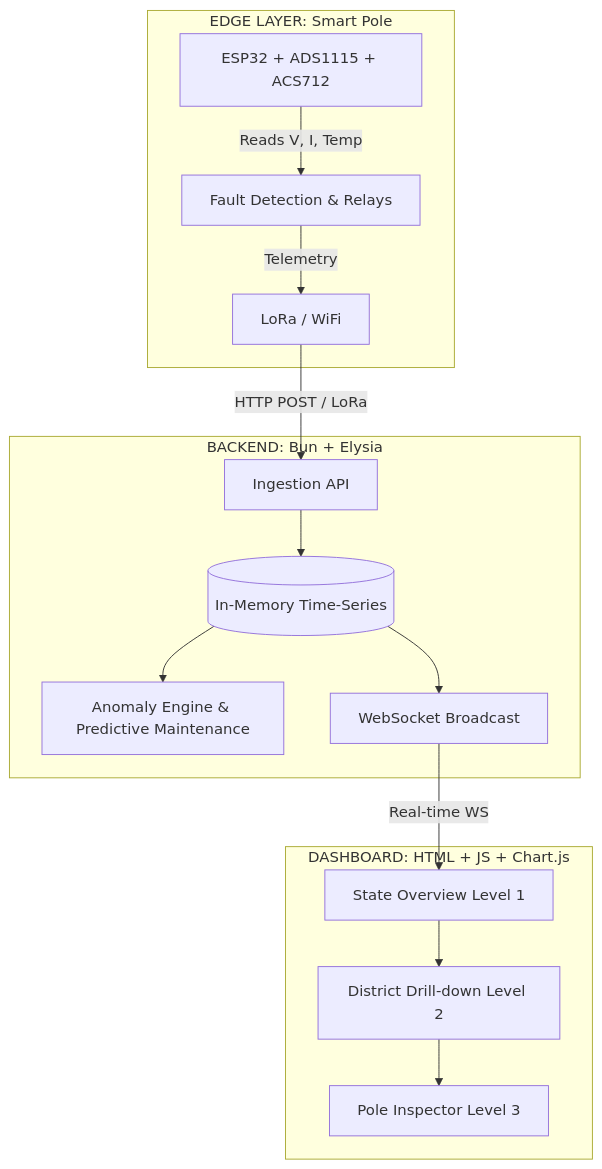
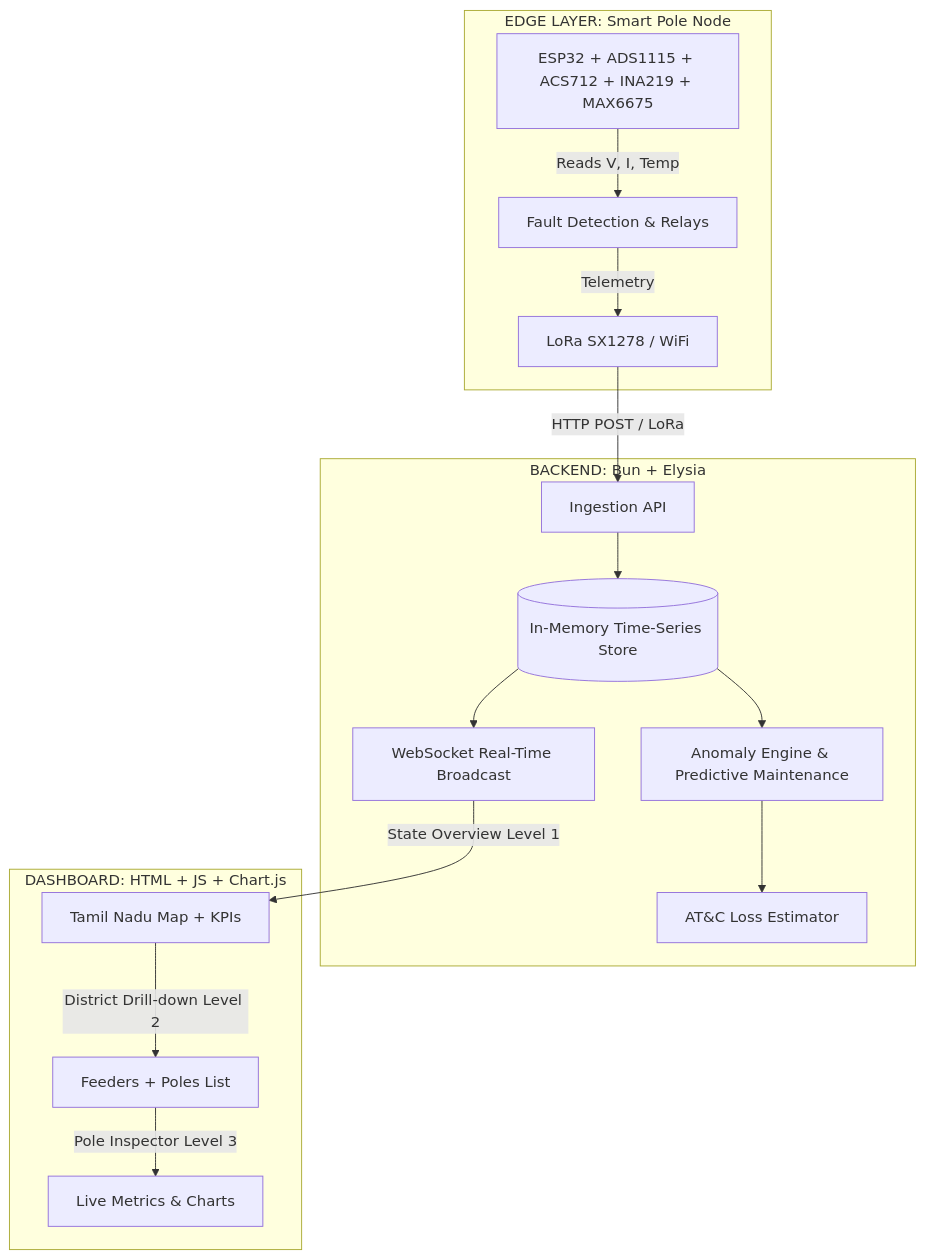
The diagram in README.md (iamharishrohith/TNEB-Grid_Sense), drawn with Mermaid before and after one commit. The commit also changed other lines of this file, not shown here.

````diff
--- a/README.md
+++ b/README.md
@@ -21,21 +46,22 @@
 ```mermaid
 graph TD
-    subgraph Edge Layer [EDGE LAYER: Smart Pole]
-        A[ESP32 + ADS1115 + ACS712]
+    subgraph Edge Layer [EDGE LAYER: Smart Pole Node]
+        A[ESP32 + ADS1115 + ACS712 + INA219 + MAX6675]
         A -->|Reads V, I, Temp| B[Fault Detection & Relays]
-        B -->|Telemetry| C[LoRa / WiFi]
+        B -->|Telemetry| C[LoRa SX1278 / WiFi]
     end
 
     subgraph Backend [BACKEND: Bun + Elysia]
         C -->|HTTP POST / LoRa| D[Ingestion API]
-        D --> E[(In-Memory Time-Series)]
+        D --> E[(In-Memory Time-Series Store)]
         E --> F[Anomaly Engine & Predictive Maintenance]
-        E --> G[WebSocket Broadcast]
+        E --> G[WebSocket Real-Time Broadcast]
+        F --> H[AT&C Loss Estimator]
     end
 
     subgraph Dashboard [DASHBOARD: HTML + JS + Chart.js]
-        G -->|Real-time WS| H[State Overview Level 1]
-        H --> I[District Drill-down Level 2]
-        I --> J[Pole Inspector Level 3]
+        G -->|State Overview Level 1| I[Tamil Nadu Map + KPIs]
+        I -->|District Drill-down Level 2| J[Feeders + Poles List]
+        J -->|Pole Inspector Level 3| K[Live Metrics & Charts]
     end
 ```
````
